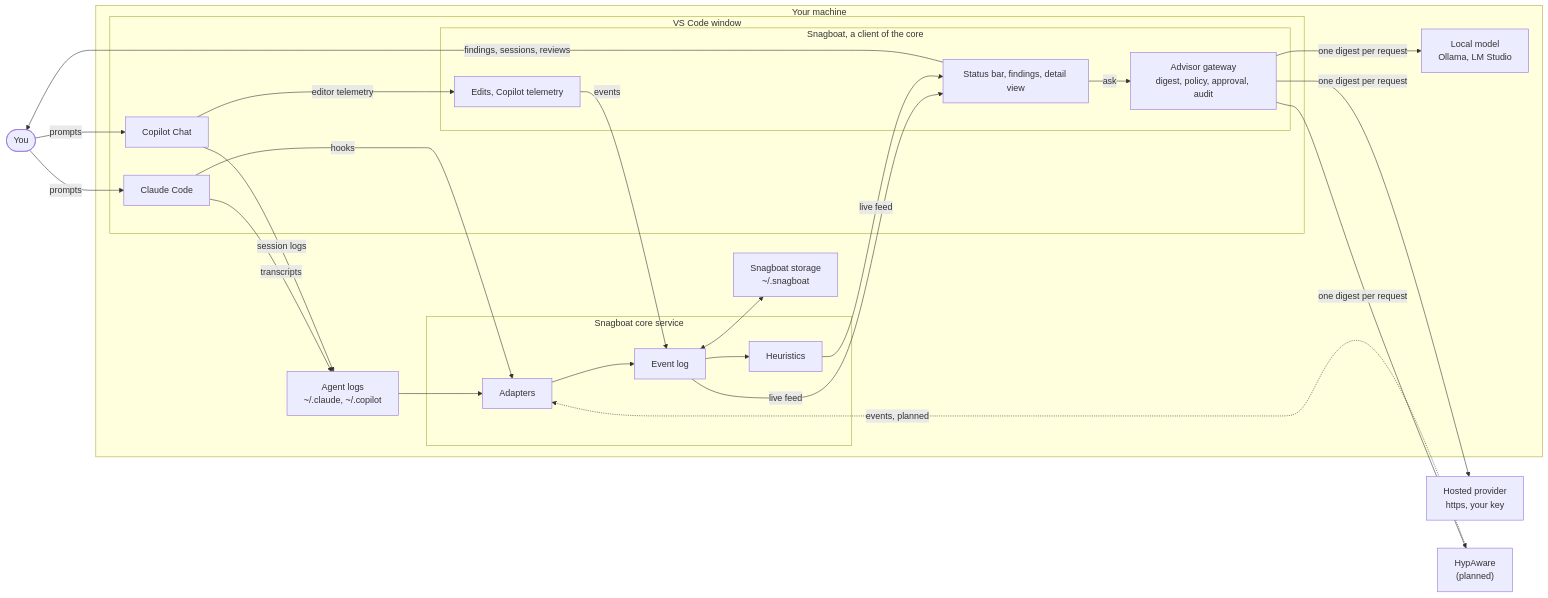
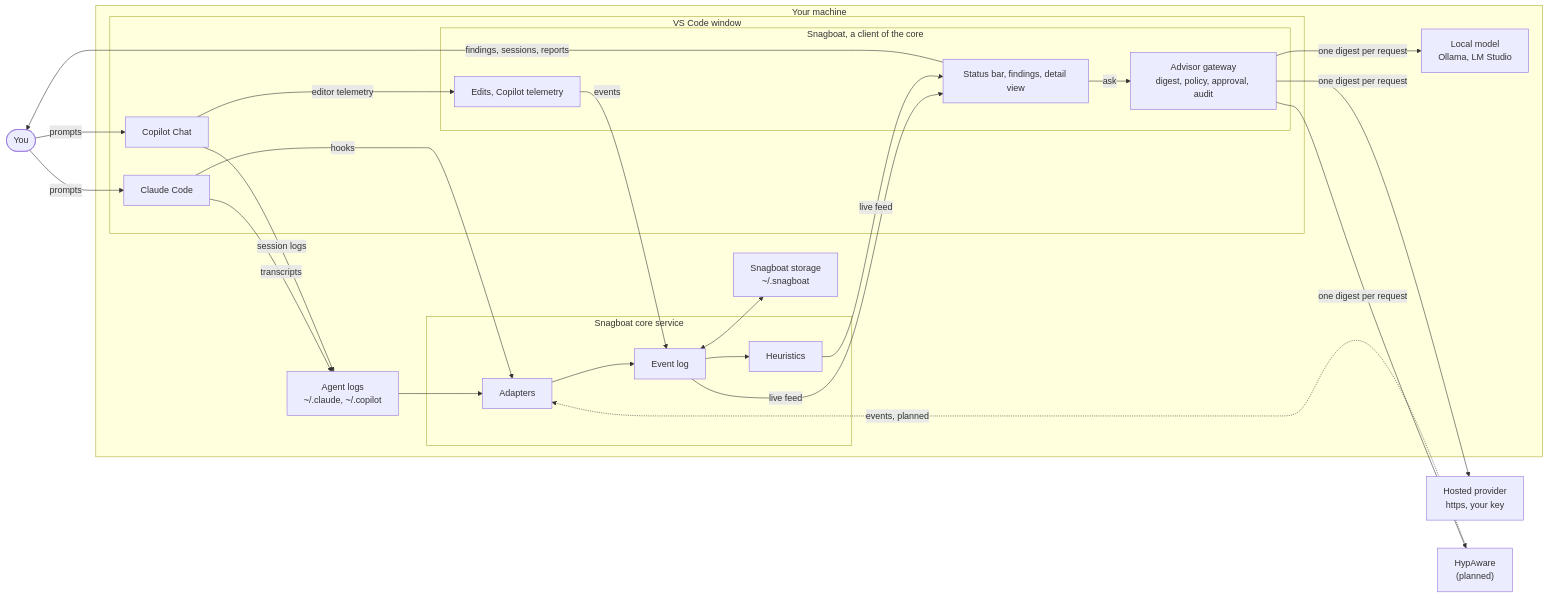
The first of 2 diagrams in docs/architecture.md (DChristianson/snagboat), drawn with Mermaid before and after one commit. The commit also changed other lines of this file and 50 other files, not shown here.

````diff
--- a/docs/architecture.md
+++ b/docs/architecture.md
@@ -11,39 +11,39 @@
 ```mermaid
 flowchart LR
   You(["You"])
 
   subgraph Machine["Your machine"]
     subgraph VSCode["VS Code window"]
       ClaudeCode["Claude Code"]
       Copilot["Copilot Chat"]
       subgraph Window["Snagboat, a client of the core"]
         WindowAdapters["Edits, Copilot telemetry"]
         UI["Status bar, findings, detail view"]
         Advisor["Advisor gateway<br>digest, policy, approval, audit"]
       end
     end
     subgraph Core["Snagboat core service"]
       Adapters --> Log["Event log"] --> Heuristics
     end
     AgentLogs["Agent logs<br>~/.claude, ~/.copilot"]
     Storage["Snagboat storage<br>~/.snagboat"]
     LocalModel["Local model<br>Ollama, LM Studio"]
   end
 
   Hosted["Hosted provider<br>https, your key"]
   HypAware["HypAware<br>(planned)"]
 
   You -->|prompts| ClaudeCode & Copilot
-  UI -->|findings, sessions, reviews| You
+  UI -->|findings, sessions, reports| You
   ClaudeCode -->|transcripts| AgentLogs
   Copilot -->|session logs| AgentLogs
   AgentLogs --> Adapters
   ClaudeCode -->|hooks| Adapters
   Copilot -->|editor telemetry| WindowAdapters
   WindowAdapters -->|events| Log
   Log <--> Storage
   Log & Heuristics -->|live feed| UI
   UI -->|ask| Advisor
   Advisor -->|one digest per request| LocalModel & Hosted & HypAware
   HypAware -.->|events, planned| Adapters
 ```
````
